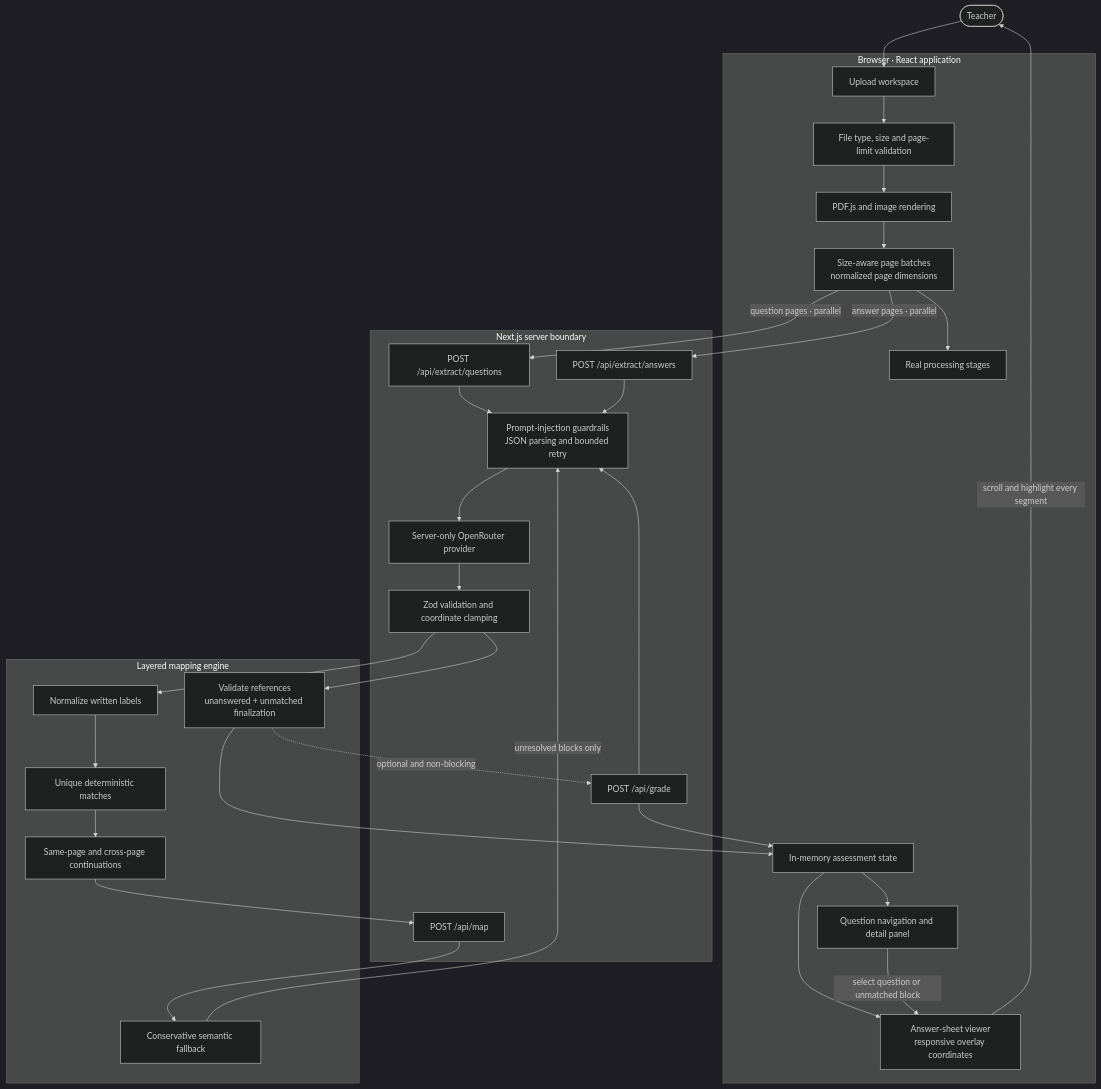
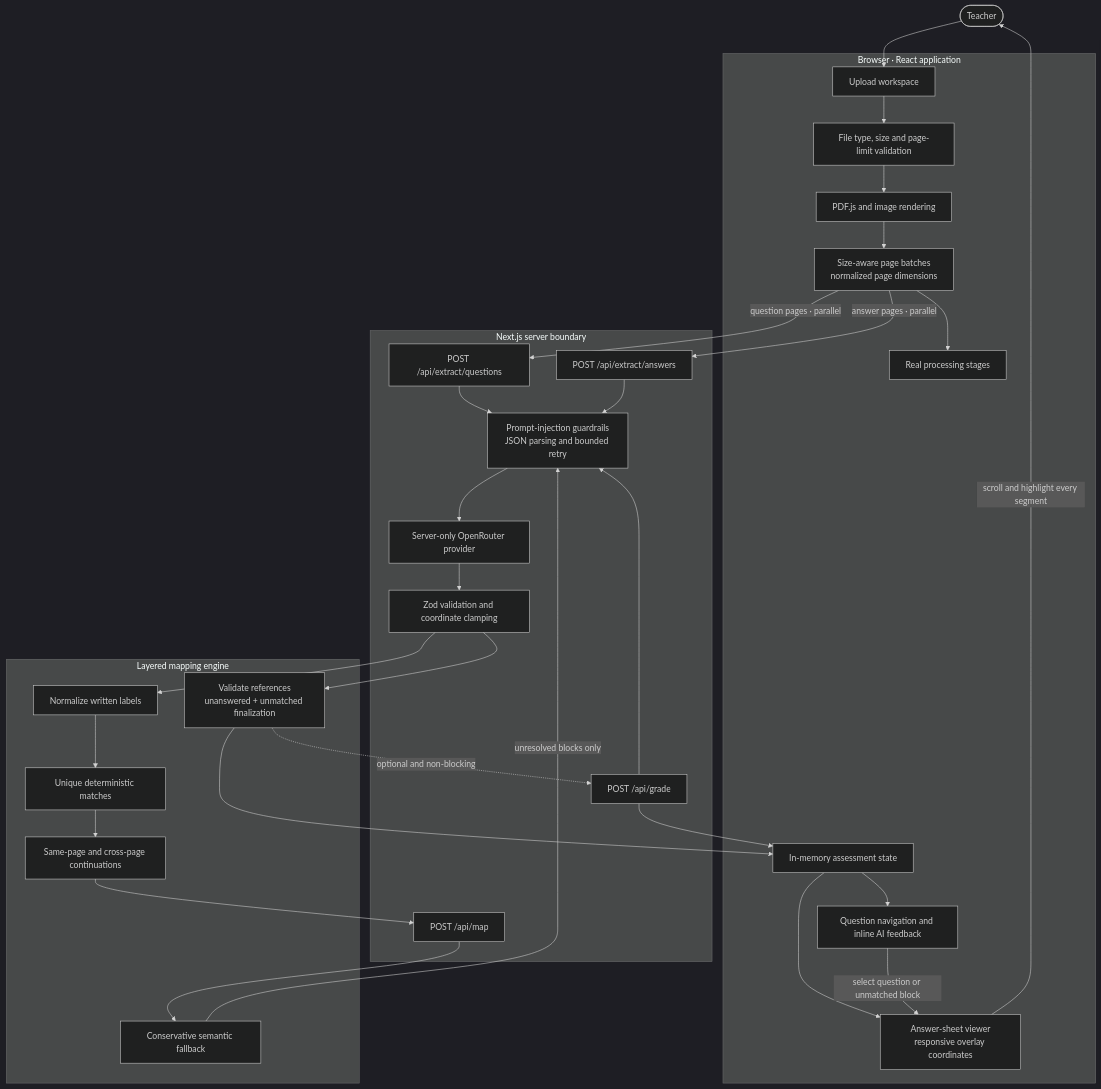
Before and after one commit to sdivyanshu90/assessment-extraction-ai: the first of 2 diagrams in README.md, drawn with Mermaid (dark theme).

````diff
--- a/README.md
+++ b/README.md
@@ -74,51 +74,51 @@
 ```mermaid
 flowchart TB
     Teacher([Teacher]) --> Upload[Upload workspace]
 
     subgraph Browser[Browser · React application]
         Upload --> Validate[File type, size and page-limit validation]
         Validate --> Render[PDF.js and image rendering]
         Render --> Batch[Size-aware page batches<br/>normalized page dimensions]
         State[In-memory assessment state]
-        Questions[Question navigation and detail panel]
+        Questions[Question navigation and inline AI feedback]
         Viewer[Answer-sheet viewer<br/>responsive overlay coordinates]
         Progress[Real processing stages]
     end
 
     subgraph Next[Next.js server boundary]
         QAPI[POST /api/extract/questions]
         AAPI[POST /api/extract/answers]
         MAPI[POST /api/map]
         GAPI[POST /api/grade]
         Provider[Server-only OpenRouter provider]
         Guard[Prompt-injection guardrails<br/>JSON parsing and bounded retry]
         Zod[Zod validation and coordinate clamping]
     end
 
     subgraph Mapping[Layered mapping engine]
         Normalize[Normalize written labels]
         Exact[Unique deterministic matches]
         Continue[Same-page and cross-page continuations]
         Semantic[Conservative semantic fallback]
         Finalize[Validate references<br/>unanswered + unmatched finalization]
     end
 
     Batch --> Progress
     Batch -->|question pages · parallel| QAPI
     Batch -->|answer pages · parallel| AAPI
     QAPI --> Guard
     AAPI --> Guard
     Guard --> Provider --> Zod
     Zod --> Normalize --> Exact --> Continue
     Continue --> MAPI --> Semantic
     Semantic -->|unresolved blocks only| Guard
     Zod --> Finalize
     Finalize -. optional and non-blocking .-> GAPI
     GAPI --> Guard
     Finalize --> State
     GAPI --> State
     State --> Questions
     State --> Viewer
     Questions -->|select question or unmatched block| Viewer
     Viewer -->|scroll and highlight every segment| Teacher
 ```
````
